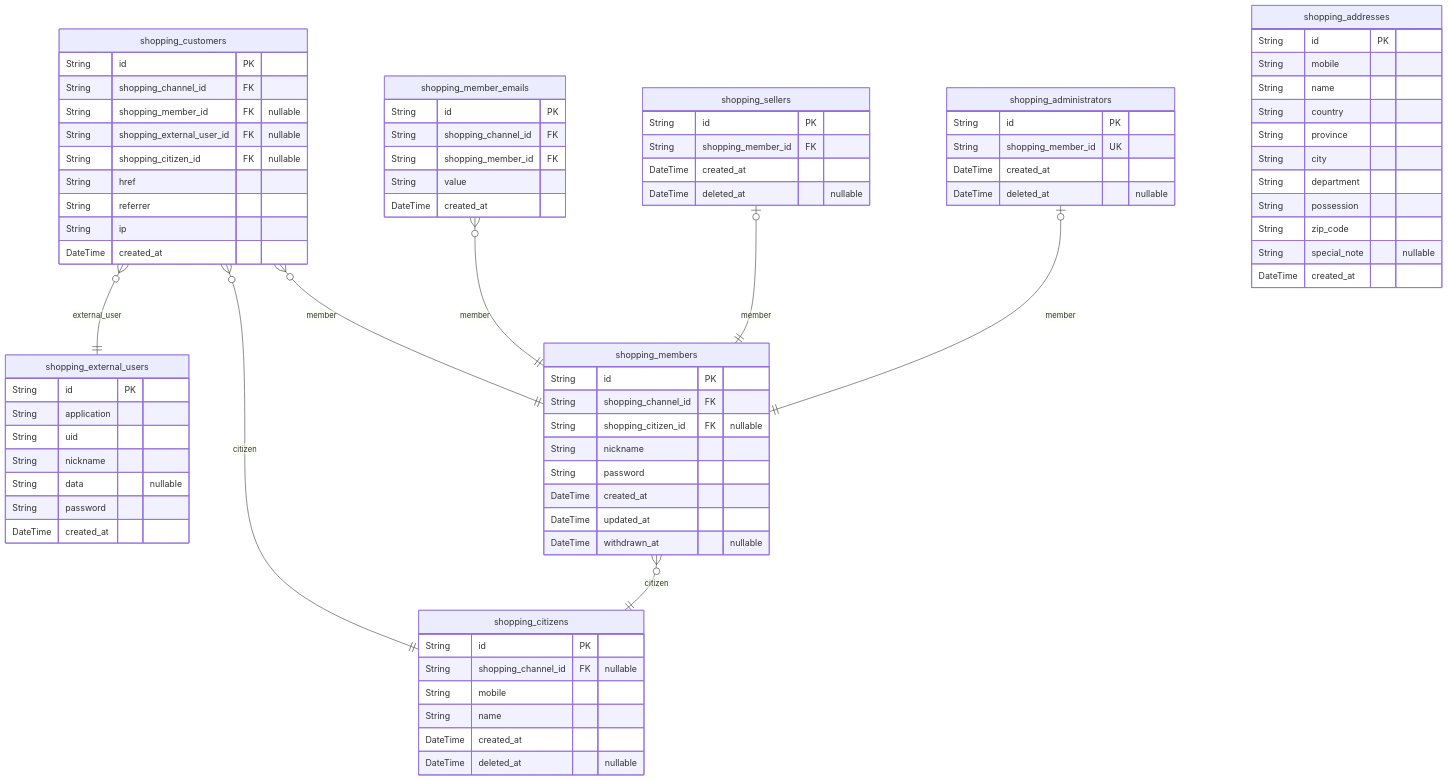
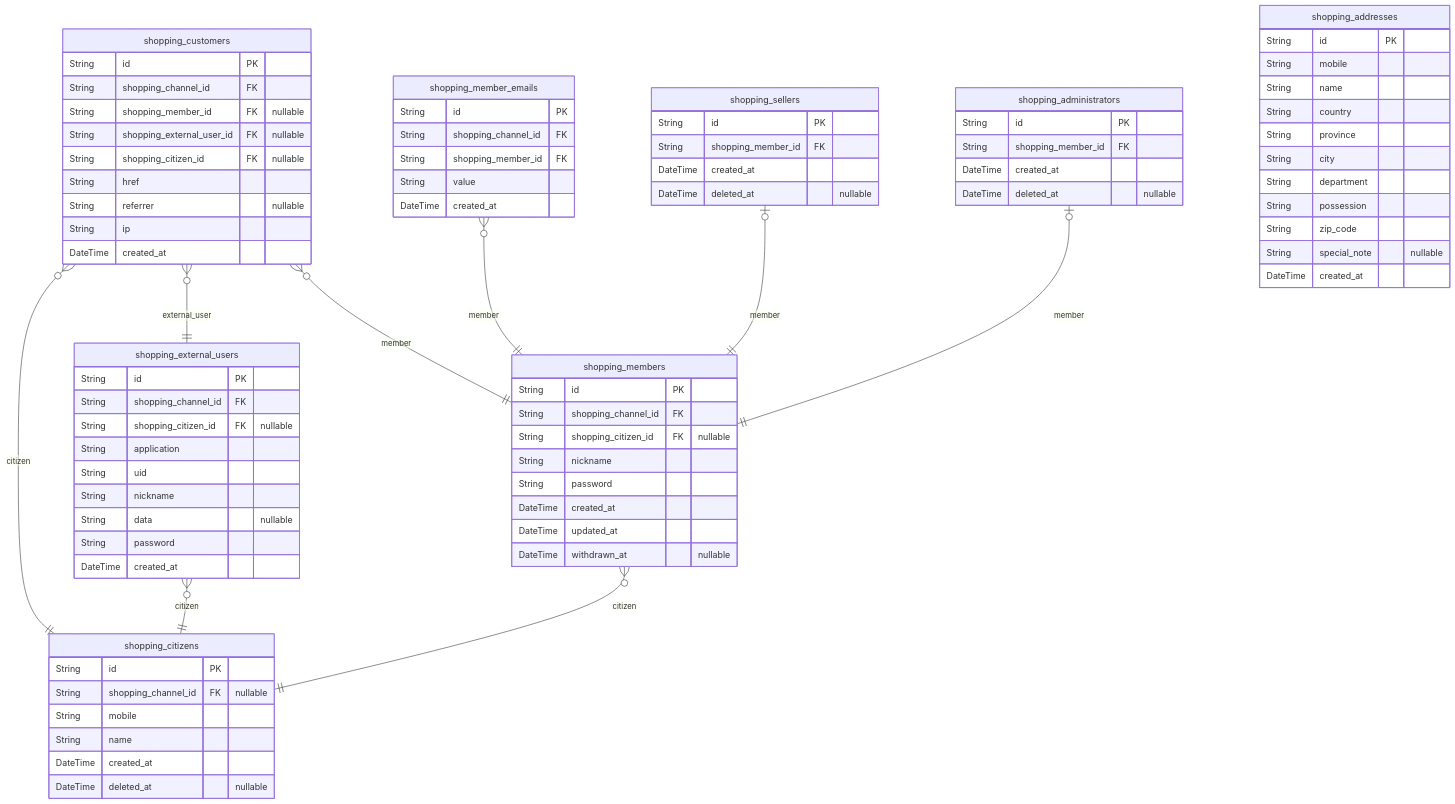
Before and after one commit to samchon/prisma-markdown: the third of 10 diagrams in ERD.md, drawn with Mermaid. The commit also changed other lines of this file and 13 other files, not shown here.

````diff
--- a/ERD.md
+++ b/ERD.md
@@ -387,78 +384,81 @@
 ```mermaid
 erDiagram
 "shopping_customers" {
-    String id PK
-    String shopping_channel_id FK
-    String shopping_member_id FK "nullable"
-    String shopping_external_user_id FK "nullable"
-    String shopping_citizen_id FK "nullable"
-    String href
-    String referrer
-    String ip
-    DateTime created_at
+  String id PK
+  String shopping_channel_id FK
+  String shopping_member_id FK "nullable"
+  String shopping_external_user_id FK "nullable"
+  String shopping_citizen_id FK "nullable"
+  String href
+  String referrer "nullable"
+  String ip
+  DateTime created_at
 }
 "shopping_external_users" {
-    String id PK
-    String application
-    String uid
-    String nickname
-    String data "nullable"
-    String password
-    DateTime created_at
+  String id PK
+  String shopping_channel_id FK
+  String shopping_citizen_id FK "nullable"
+  String application
+  String uid
+  String nickname
+  String data "nullable"
+  String password
+  DateTime created_at
 }
 "shopping_citizens" {
-    String id PK
-    String shopping_channel_id FK "nullable"
-    String mobile
-    String name
-    DateTime created_at
-    DateTime deleted_at "nullable"
+  String id PK
+  String shopping_channel_id FK "nullable"
+  String mobile
+  String name
+  DateTime created_at
+  DateTime deleted_at "nullable"
 }
 "shopping_members" {
-    String id PK
-    String shopping_channel_id FK
-    String shopping_citizen_id FK "nullable"
-    String nickname
-    String password
-    DateTime created_at
-    DateTime updated_at
-    DateTime withdrawn_at "nullable"
+  String id PK
+  String shopping_channel_id FK
+  String shopping_citizen_id FK "nullable"
+  String nickname
+  String password
+  DateTime created_at
+  DateTime updated_at
+  DateTime withdrawn_at "nullable"
 }
 "shopping_member_emails" {
-    String id PK
-    String shopping_channel_id FK
-    String shopping_member_id FK
-    String value
-    DateTime created_at
+  String id PK
+  String shopping_channel_id FK
+  String shopping_member_id FK
+  String value
+  DateTime created_at
 }
 "shopping_sellers" {
-    String id PK
-    String shopping_member_id FK
-    DateTime created_at
-    DateTime deleted_at "nullable"
+  String id PK
+  String shopping_member_id FK
+  DateTime created_at
+  DateTime deleted_at "nullable"
 }
 "shopping_administrators" {
-    String id PK
-    String shopping_member_id UK
-    DateTime created_at
-    DateTime deleted_at "nullable"
+  String id PK
+  String shopping_member_id FK
+  DateTime created_at
+  DateTime deleted_at "nullable"
 }
 "shopping_addresses" {
-    String id PK
-    String mobile
-    String name
-    String country
-    String province
-    String city
-    String department
-    String possession
-    String zip_code
-    String special_note "nullable"
-    DateTime created_at
+  String id PK
+  String mobile
+  String name
+  String country
+  String province
+  String city
+  String department
+  String possession
+  String zip_code
+  String special_note "nullable"
+  DateTime created_at
 }
 "shopping_customers" }o--|| "shopping_members" : member
 "shopping_customers" }o--|| "shopping_external_users" : external_user
 "shopping_customers" }o--|| "shopping_citizens" : citizen
+"shopping_external_users" }o--|| "shopping_citizens" : citizen
 "shopping_members" }o--|| "shopping_citizens" : citizen
 "shopping_member_emails" }o--|| "shopping_members" : member
 "shopping_sellers" |o--|| "shopping_members" : member
````
